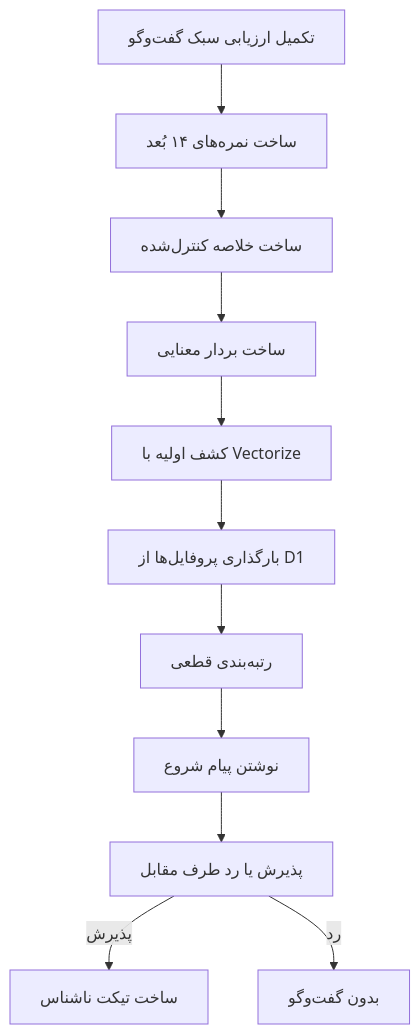
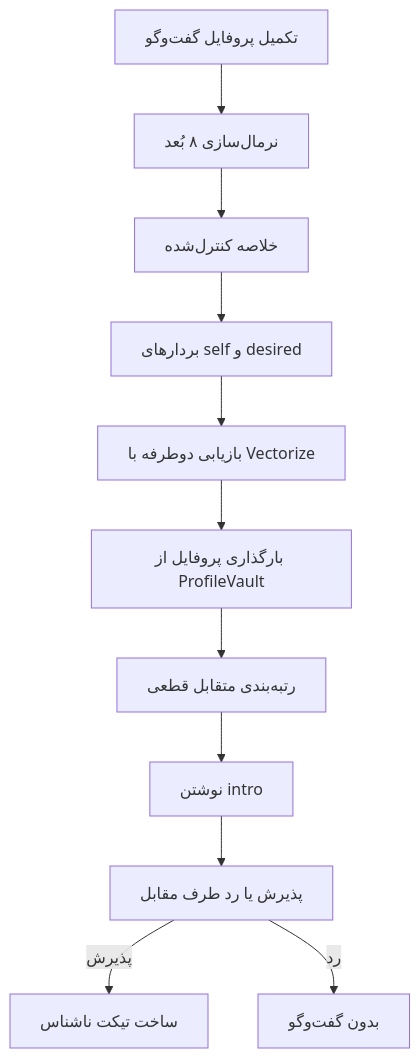
Before and after one commit to mohetios/mohetios.dev: the second of 3 diagrams in content/fa/blog/building-nekonymous-anonymous-telegram-bot.md, drawn with Mermaid. The commit also changed other lines of this file and 1 other file, not shown here.

````diff
--- a/content/fa/blog/building-nekonymous-anonymous-telegram-bot.md
+++ b/content/fa/blog/building-nekonymous-anonymous-telegram-bot.md
@@ -183,13 +192,13 @@
 ```mermaid
 flowchart TD
-  A[تکمیل ارزیابی سبک گفت‌وگو] --> B[ساخت نمره‌های ۱۴ بُعد]
-  B --> C[ساخت خلاصه کنترل‌شده]
-  C --> D[ساخت بردار معنایی]
-  D --> E[کشف اولیه با Vectorize]
-  E --> F[بارگذاری پروفایل‌ها از D1]
-  F --> G[رتبه‌بندی قطعی]
-  G --> H[نوشتن پیام شروع]
+  A[تکمیل پروفایل گفت‌وگو] --> B[نرمال‌سازی ۸ بُعد]
+  B --> C[خلاصه کنترل‌شده]
+  C --> D[بردارهای self و desired]
+  D --> E[بازیابی دوطرفه با Vectorize]
+  E --> F[بارگذاری پروفایل از ProfileVault]
+  F --> G[رتبه‌بندی متقابل قطعی]
+  G --> H[نوشتن intro]
   H --> I[پذیرش یا رد طرف مقابل]
   I -->|پذیرش| J[ساخت تیکت ناشناس]
   I -->|رد| K[بدون گفت‌وگو]
 ```
````
